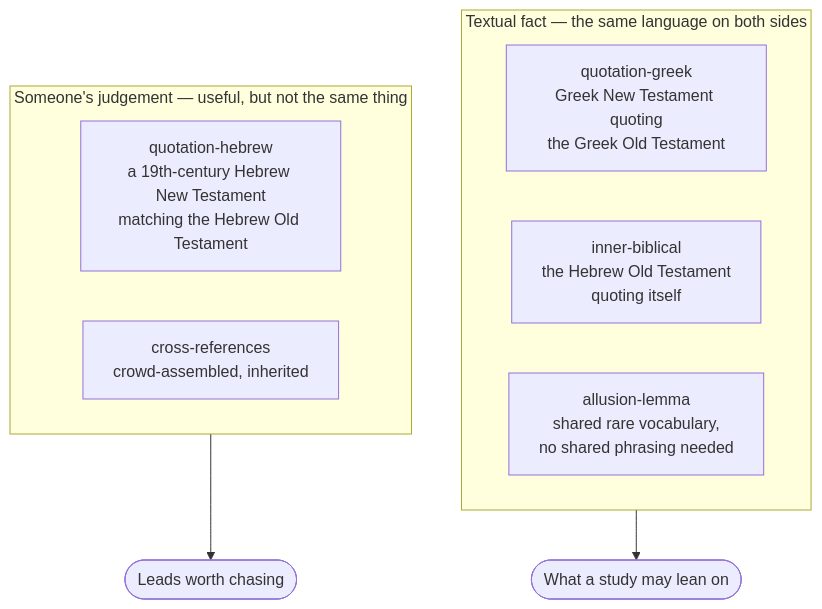
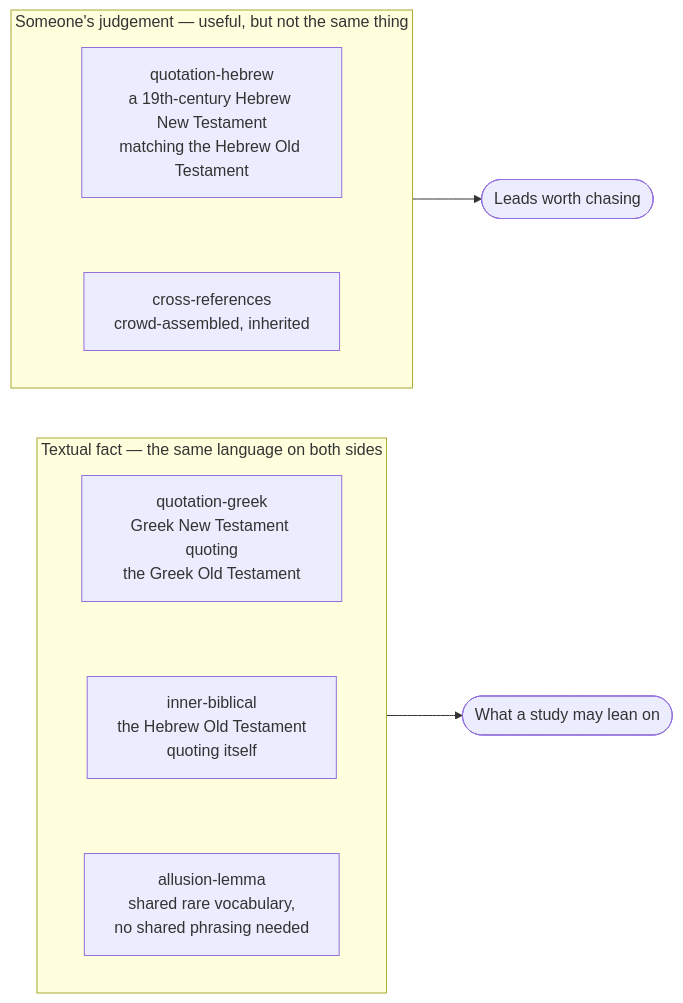
Before and after one commit to ding0t/bible_studies: the first of 2 diagrams in docs/content/about/how-we-cross-reference.md, drawn with Mermaid. The commit also changed other lines of this file and 1 other file, not shown here.

First line of the commit message:
fix(cross-ref): stack the pipeline diagram, and cut two prose tells

````diff
--- a/docs/content/about/how-we-cross-reference.md
+++ b/docs/content/about/how-we-cross-reference.md
@@ -41,14 +41,18 @@
 ```mermaid
-flowchart TD
+flowchart LR
     subgraph textual["Textual fact — the same language on both sides"]
+        direction TB
         QG["quotation-greek<br/>Greek New Testament quoting<br/>the Greek Old Testament"]
         IB["inner-biblical<br/>the Hebrew Old Testament<br/>quoting itself"]
         AL["allusion-lemma<br/>shared rare vocabulary,<br/>no shared phrasing needed"]
+        QG ~~~ IB ~~~ AL
     end
     subgraph judged["Someone's judgement — useful, but not the same thing"]
+        direction TB
         QH["quotation-hebrew<br/>a 19th-century Hebrew New Testament<br/>matching the Hebrew Old Testament"]
         XR["cross-references<br/>crowd-assembled, inherited"]
+        QH ~~~ XR
     end
     textual --> USE(["What a study may lean on"])
     judged --> LEAD(["Leads worth chasing"])
 ```
````
